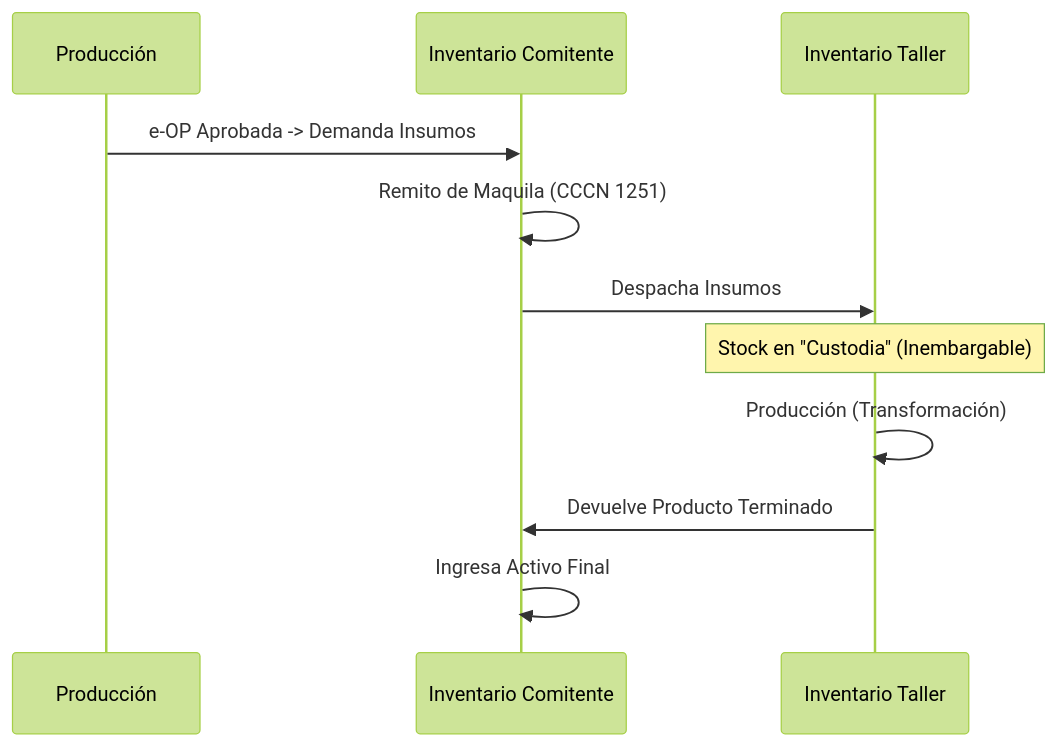
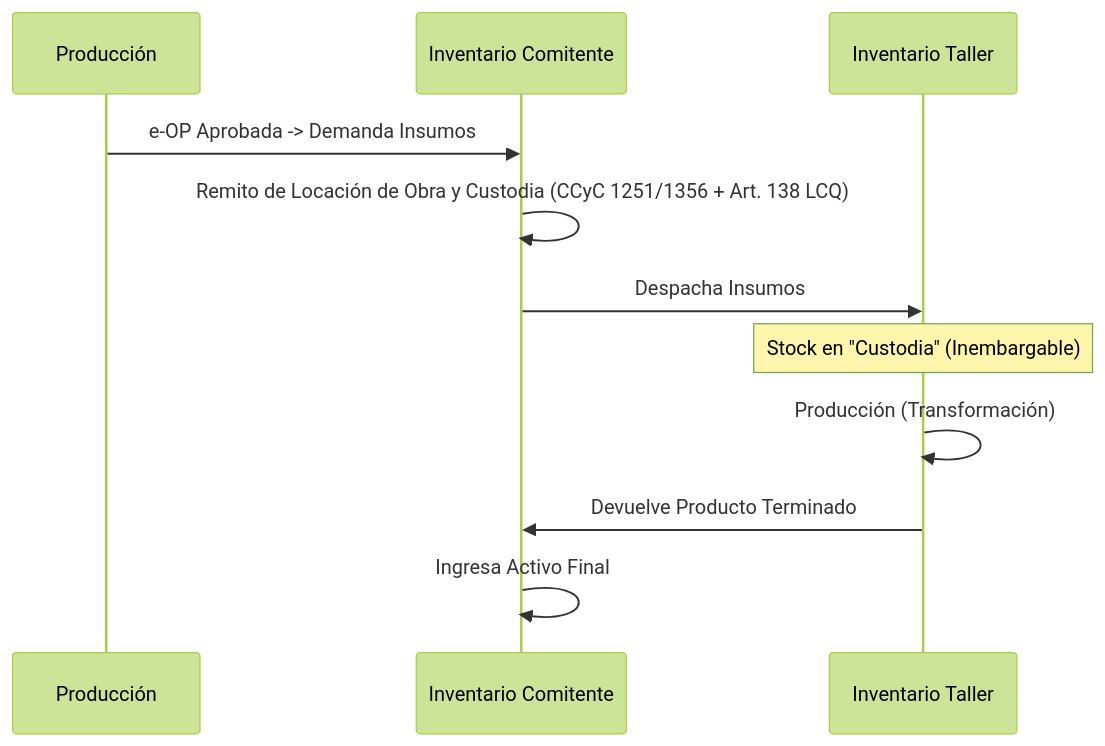
One commit to sarthouse/indinopy changed the sixth of 9 diagrams in docs/md/arquitectura_funcional.md. Above: the diagram before and after it, drawn with Mermaid (forest theme). The commit also changed other lines of this file and 24 other files, not shown here.

````diff
--- a/docs/md/arquitectura_funcional.md
+++ b/docs/md/arquitectura_funcional.md
@@ -274,14 +274,14 @@
 ```mermaid
 sequenceDiagram
     participant P as Producción
     participant C as Inventario Comitente
     participant T as Inventario Taller
     
     P->>C: e-OP Aprobada -> Demanda Insumos
-    C->>C: Remito de Maquila (CCCN 1251)
+    C->>C: Remito de Locación de Obra y Custodia (CCyC 1251/1356 + Art. 138 LCQ)
     C->>T: Despacha Insumos
     Note over T: Stock en "Custodia" (Inembargable)
     T->>T: Producción (Transformación)
     T->>C: Devuelve Producto Terminado
     C->>C: Ingresa Activo Final
 ```
````
